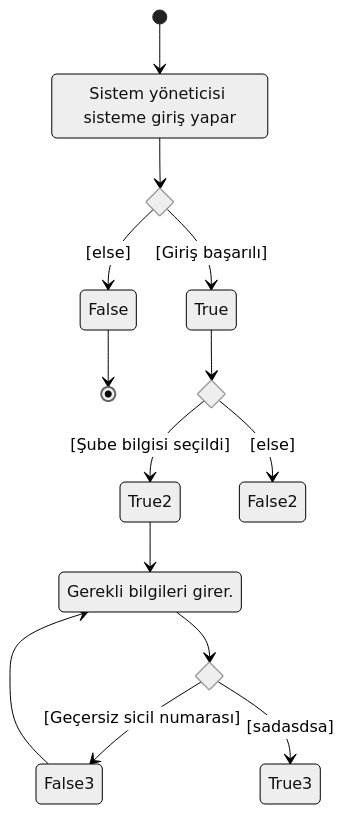
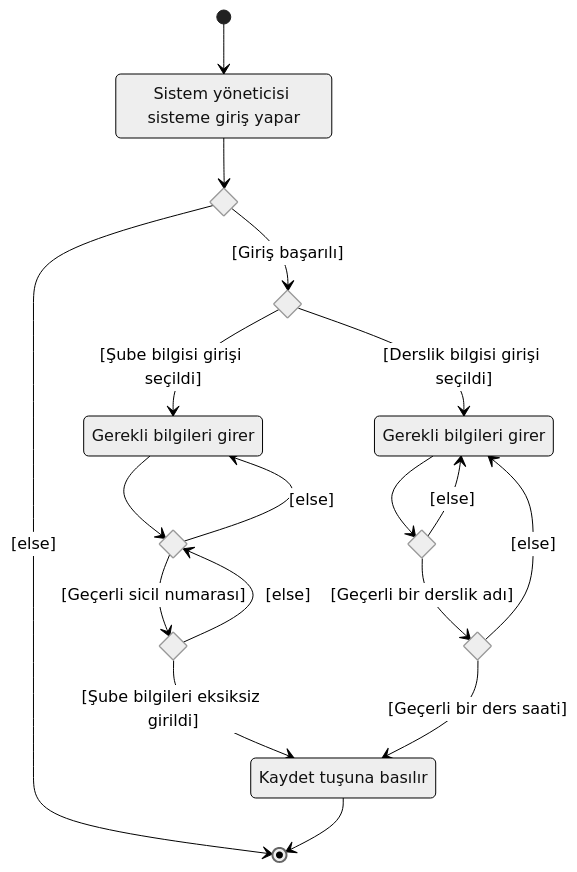
The diagram in 03-Project/05-ActivityDiagram/Student.md (ondergormez/BLM3722_Software_Engineering), drawn with Mermaid (neutral theme) before and after one commit. The commit also changed 1 other file, not shown here.

Commit message:
Activity diagram modified

````diff
--- a/03-Project/05-ActivityDiagram/Student.md
+++ b/03-Project/05-ActivityDiagram/Student.md
@@ -1,24 +1,31 @@
 ```mermaid
 stateDiagram-v2
       State1: Sistem yöneticisi sisteme giriş yapar
       [*] --> State1
 state if_state <<choice>>   
-      State1 --> if_state     
-      if_state --> True: [Giriş başarılı]
-      if_state --> False: [else] 
-      False --> [*]
-state if_state2 <<choice>>
-      True --> if_state2
-      if_state2 --> True2: [Şube bilgisi seçildi]
-      State3: Gerekli bilgileri girer.
-      True2 --> State3
-      state if_state3 <<choice>>
-        State3 -->if_state3
-        False3: 
-        if_state3 --> False3: [Geçersiz sicil numarası]
-        False3 --> State3
-        if_state3 --> True3: [sadasdsa]
-      if_state2 --> False2: [else] 
-
-     
+      State1 --> if_state
+      state if_state2 <<choice>>
+      if_state --> if_state2: [Giriş başarılı] 
+      if_state -->  [*]: [else]
+    state if_state2 <<choice>>
+        State3: Gerekli bilgileri girer
+        if_state2 --> State3: [Şube bilgisi girişi seçildi]
+        state if_state3 <<choice>>
+            State3 -->if_state3
+            state if_state4 <<choice>>
+            if_state3 --> if_state4: [Geçerli sicil numarası]
+            if_state3 --> State3: [else]
+            if_state4 --> State6: [Şube bilgileri eksiksiz girildi]
+            if_state4 --> if_state3: [else]
+        if_state2 --> State5: [Derslik bilgisi girişi seçildi] 
+        State5: Gerekli bilgileri girer
+            state if_state5 <<choice>>
+            State5--> if_state5
+            state if_state6 <<choice>>
+            if_state5 --> if_state6: [Geçerli bir derslik adı]
+            if_state5 --> State5: [else]
+            if_state6 --> State5: [else]
+            if_state6 --> State6: [Geçerli bir ders saati]
+            State6: Kaydet tuşuna basılır
+            State6 --> [*]
 ```
````
